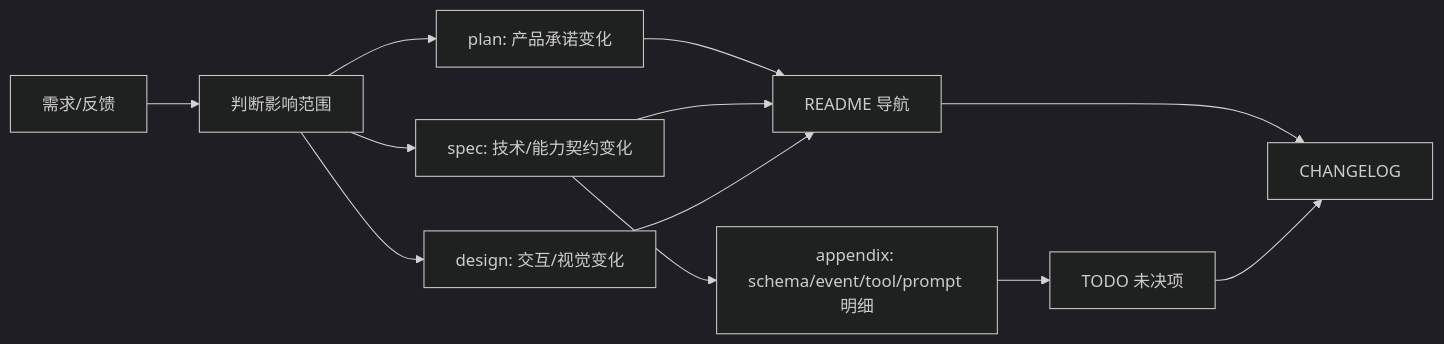
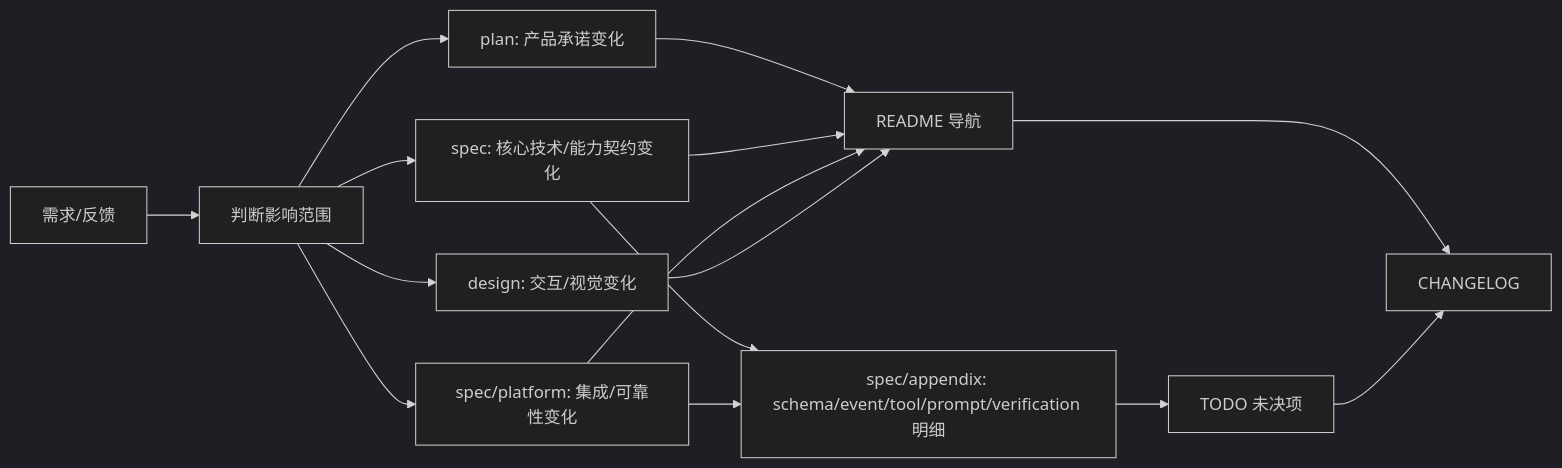
One commit to jinhuang712/open-novel changed the diagram in WORKFLOW.md. Above: the diagram before and after it, drawn with Mermaid (dark theme). The commit also changed other lines of this file and 20 other files, not shown here.

Commit message:
docs: move platform contracts out of root spec

````diff
--- a/WORKFLOW.md
+++ b/WORKFLOW.md
@@ -7,14 +7,17 @@
 ```mermaid
 flowchart LR
   Idea[需求/反馈] --> Classify[判断影响范围]
   Classify --> Plan[plan: 产品承诺变化]
-  Classify --> Spec[spec: 技术/能力契约变化]
+  Classify --> Spec[spec: 核心技术/能力契约变化]
+  Classify --> Platform[spec/platform: 集成/可靠性变化]
   Classify --> Design[design: 交互/视觉变化]
-  Spec --> Appendix[appendix: schema/event/tool/prompt 明细]
+  Spec --> Appendix[spec/appendix: schema/event/tool/prompt/verification 明细]
+  Platform --> Appendix
   Plan --> Readme[README 导航]
   Spec --> Readme
+  Platform --> Readme
   Design --> Readme
   Appendix --> Todo[TODO 未决项]
   Readme --> Change[CHANGELOG]
   Todo --> Change
 ```
````
